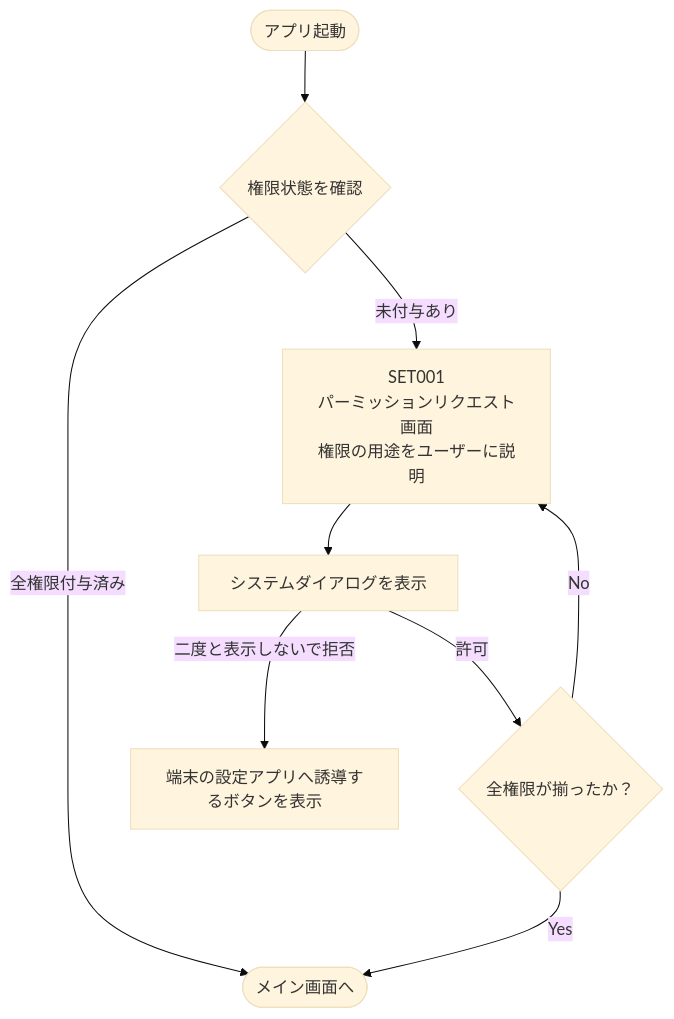
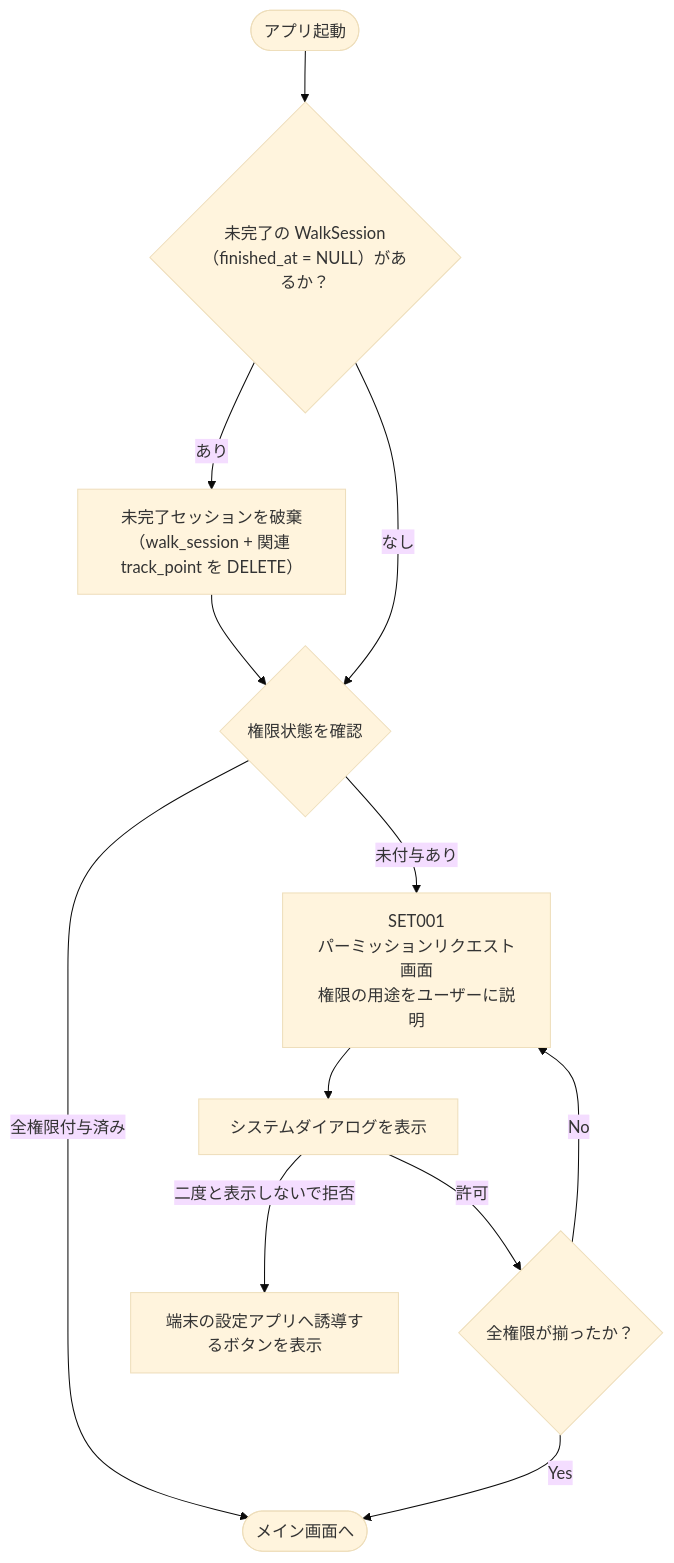
The second of 5 diagrams in docs/03-basic-design/business-logic-design.md (tnkmr32/WalkingTracker), drawn with Mermaid (base theme) before and after one commit. The commit also changed other lines of this file and 2 other files, not shown here.

Commit message:
docs: 指摘#2対応 - 強制終了時の未完了セッション処理を定義
SET業務フローに起動時の未完了WalkSession検出・破棄ステップを追加。
WLK001の状態テーブルに「起動時クリーンアップ」を追記。
破棄方針（サイレント削除）の根拠も記録。

````diff
--- a/docs/03-basic-design/business-logic-design.md
+++ b/docs/03-basic-design/business-logic-design.md
@@ -34,11 +34,14 @@
 ```mermaid
 flowchart TD
-    A([アプリ起動]) --> B{権限状態を確認}
+    A([アプリ起動]) --> A2{"未完了の WalkSession\n（finished_at = NULL）があるか？"}
+    A2 -->|あり| A3["未完了セッションを破棄\n（walk_session + 関連 track_point を DELETE）"]
+    A3 --> B{権限状態を確認}
+    A2 -->|なし| B
     B -->|全権限付与済み| C([メイン画面へ])
     B -->|未付与あり| D["SET001\nパーミッションリクエスト画面\n権限の用途をユーザーに説明"]
     D --> E[システムダイアログを表示]
     E -->|許可| F{全権限が揃ったか？}
     F -->|Yes| C
     F -->|No| D
     E -->|二度と表示しないで拒否| G[端末の設定アプリへ誘導するボタンを表示]
 ```
````
